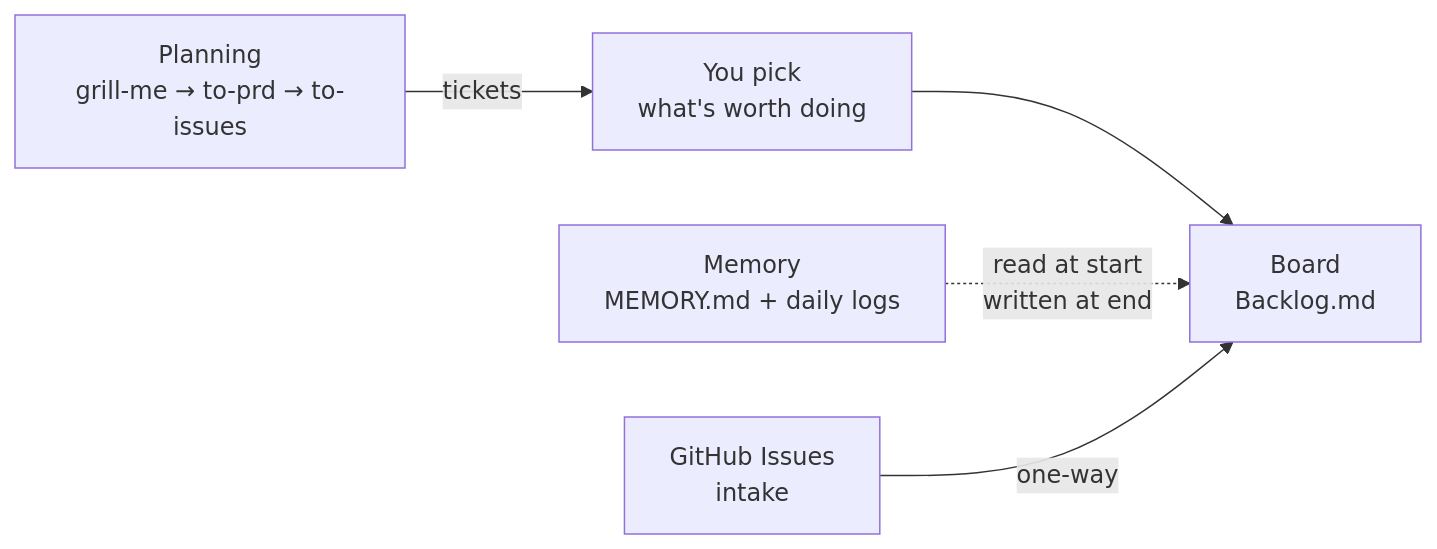
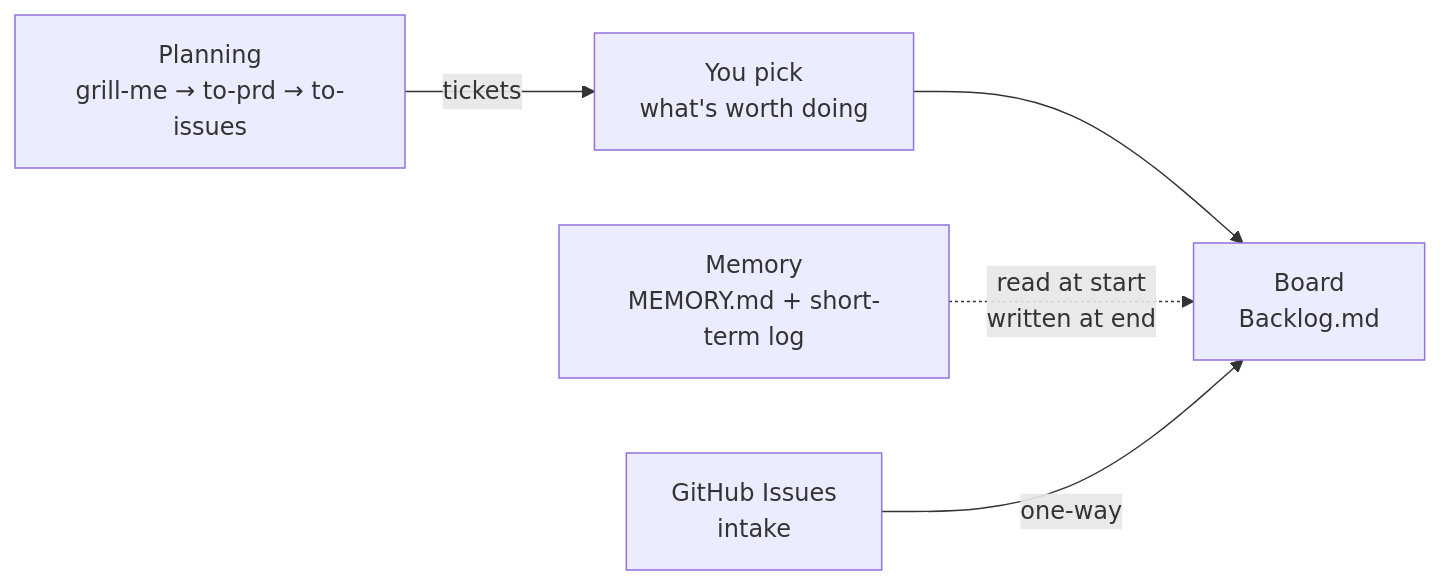
Before and after one commit to inegmdev/agentcrew: the diagram in README.md, drawn with Mermaid. The commit also changed other lines of this file and 16 other files, not shown here.

````diff
--- a/README.md
+++ b/README.md
@@ -7,7 +7,7 @@
 ```mermaid
 flowchart LR
     A["Planning<br/>grill-me → to-prd → to-issues"] -->|"tickets"| B["You pick<br/>what's worth doing"]
     B --> C["Board<br/>Backlog.md"]
-    D["Memory<br/>MEMORY.md + daily logs"] -.->|"read at start<br/>written at end"| C
+    D["Memory<br/>MEMORY.md + short-term log"] -.->|"read at start<br/>written at end"| C
     E["GitHub Issues<br/>intake"] -->|"one-way"| C
 ```
````
